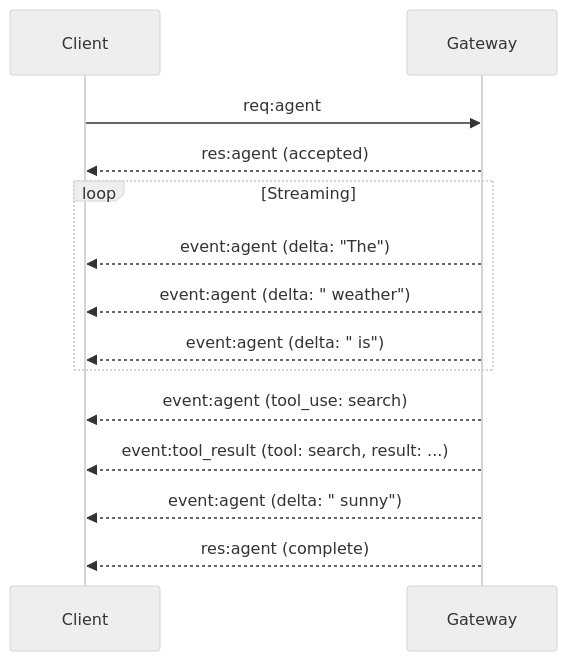
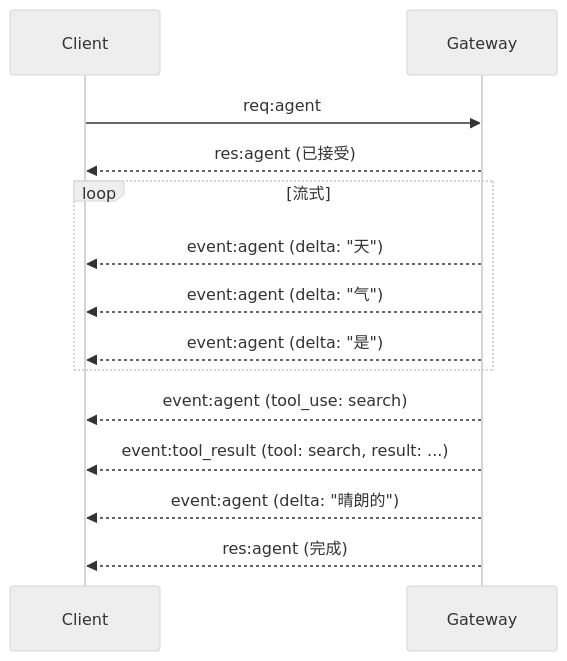
The third of 3 diagrams in docs/zh/architecture-book/part-4-gateway-protocol/04-events-and-rpc.md (a576378368/openclaw_docs), drawn with Mermaid (neutral theme) before and after one commit. The commit also changed other lines of this file and 4 other files, not shown here.

````diff
--- a/docs/zh/architecture-book/part-4-gateway-protocol/04-events-and-rpc.md
+++ b/docs/zh/architecture-book/part-4-gateway-protocol/04-events-and-rpc.md
@@ -128,20 +128,20 @@
 ```mermaid
 sequenceDiagram
     participant Client
     participant Gateway
 
     Client->>Gateway: req:agent
-    Gateway-->>Client: res:agent (accepted)
+    Gateway-->>Client: res:agent (已接受)
 
-    loop Streaming
-        Gateway-->>Client: event:agent (delta: "The")
-        Gateway-->>Client: event:agent (delta: " weather")
-        Gateway-->>Client: event:agent (delta: " is")
+    loop 流式
+        Gateway-->>Client: event:agent (delta: "天")
+        Gateway-->>Client: event:agent (delta: "气")
+        Gateway-->>Client: event:agent (delta: "是")
     end
 
     Gateway-->>Client: event:agent (tool_use: search)
     Gateway-->>Client: event:tool_result (tool: search, result: ...)
-    Gateway-->>Client: event:agent (delta: " sunny")
+    Gateway-->>Client: event:agent (delta: "晴朗的")
 
-    Gateway-->>Client: res:agent (complete)
+    Gateway-->>Client: res:agent (完成)
 ```
````
